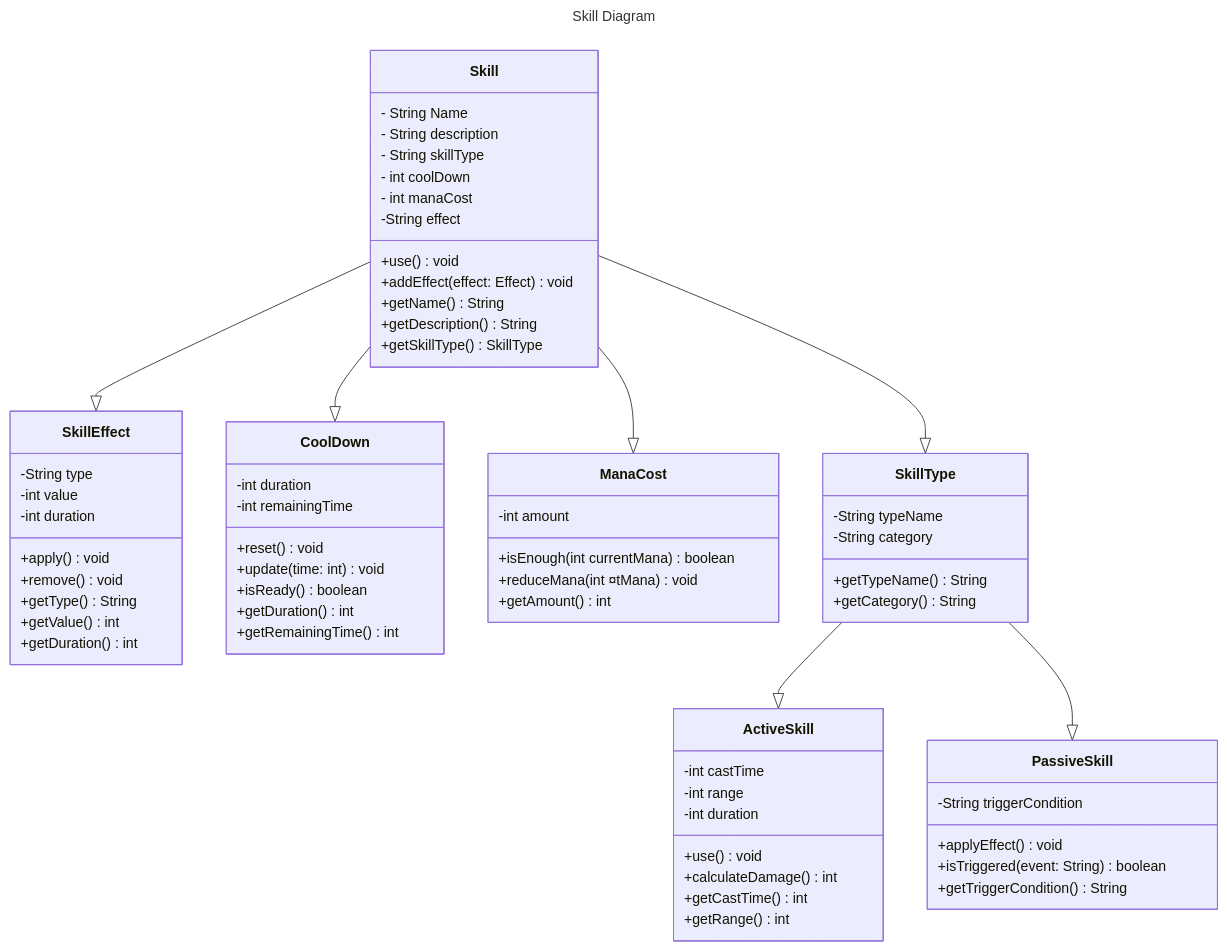
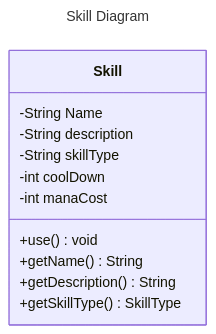
One commit to pacalso-jjc/2425-2nd-cc3-1b-rpg changed the diagram in wiki/Class-Diagram.md. Above: the diagram before and after it, drawn with Mermaid.

Commit message:
I made the class skill diagram simple

````diff
--- a/wiki/Class-Diagram.md
+++ b/wiki/Class-Diagram.md
@@ -1,73 +1,19 @@
 ```mermaid
 ---
 title: Skill Diagram
 ---
 classDiagram
 direction TB
-    class SkillEffect {
-	    -String type  
-        -int value
-        -int duration
-        +apply() void
-        +remove() void
-        +getType() String
-        +getValue() int
-        +getDuration() int
-    }
-    class CoolDown {
-	    -int duration
-        -int remainingTime
-        +reset() void
-        +update(time: int) void
-        +isReady() boolean
-        +getDuration() int
-        +getRemainingTime() int
-    }
-    class ManaCost {
-	    -int amount
-        +isEnough(int currentMana) boolean
-        +reduceMana(int &currentMana) void
-        +getAmount() int
-    }
-    class SkillType {
-	    -String typeName 
-        -String category 
-        +getTypeName() String
-        +getCategory() String
-    }
+    
     class Skill {
-	    - String Name
-	    - String description
-	    - String skillType
-	    - int coolDown
-	    - int manaCost
-	    -String effect
+	    -String Name
+	    -String description
+	    -String skillType
+	    -int coolDown
+	    -int manaCost
         +use() void
-        +addEffect(effect: Effect) void
         +getName() String
         +getDescription() String
         +getSkillType() SkillType
     }
-    class ActiveSkill {
-        -int castTime
-        -int range
-        -int duration
-        +use() void
-        +calculateDamage() int
-        +getCastTime() int
-        +getRange() int
-    }
-
-    class PassiveSkill {
-        -String triggerCondition
-        +applyEffect() void
-        +isTriggered(event: String) boolean
-        +getTriggerCondition() String
-    }
-    Skill --|> SkillEffect
-    Skill --|> CoolDown
-    Skill --|> ManaCost
-    Skill --|> SkillType
-    SkillType --|> ActiveSkill
-    SkillType --|> PassiveSkill
 ```
````
